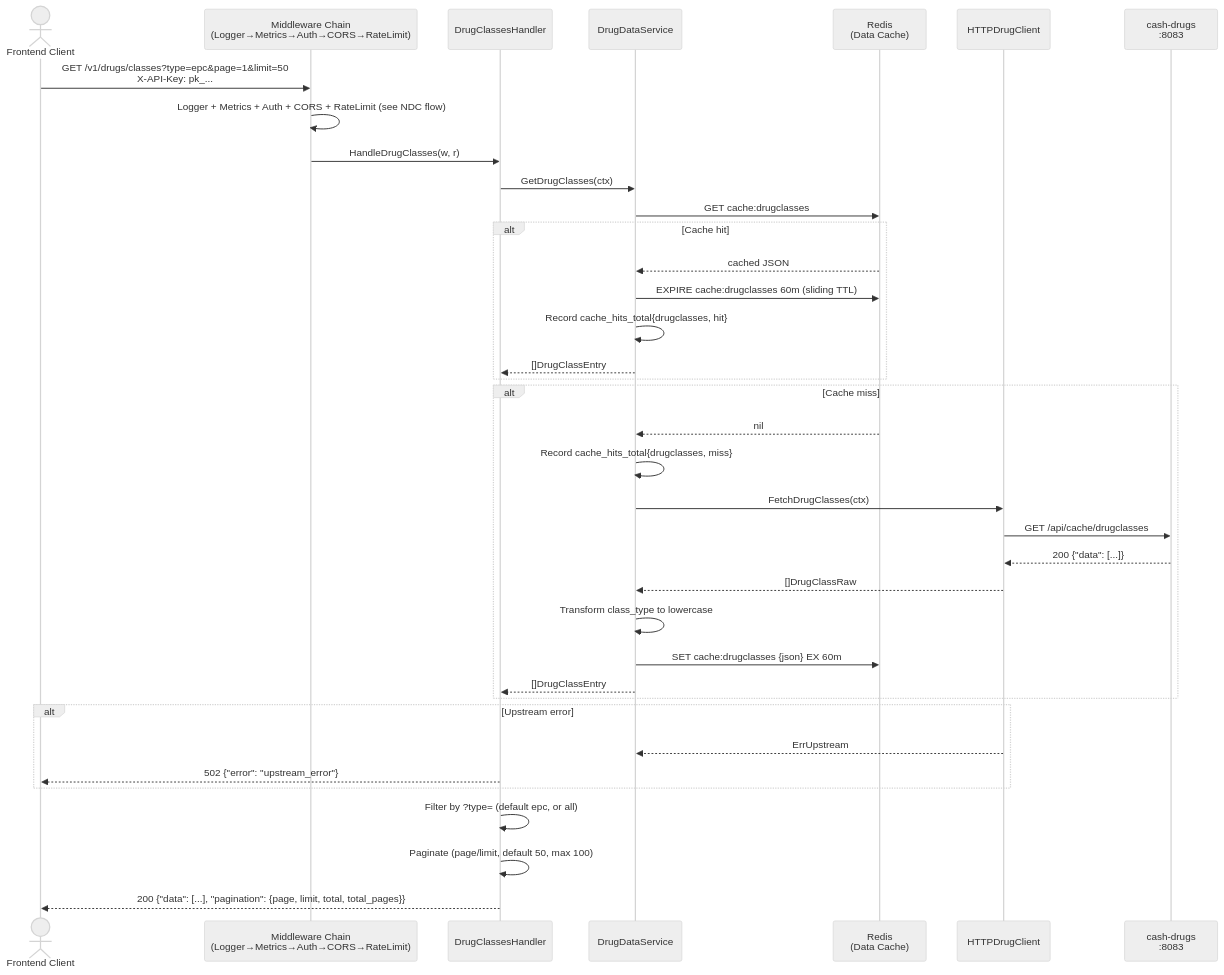
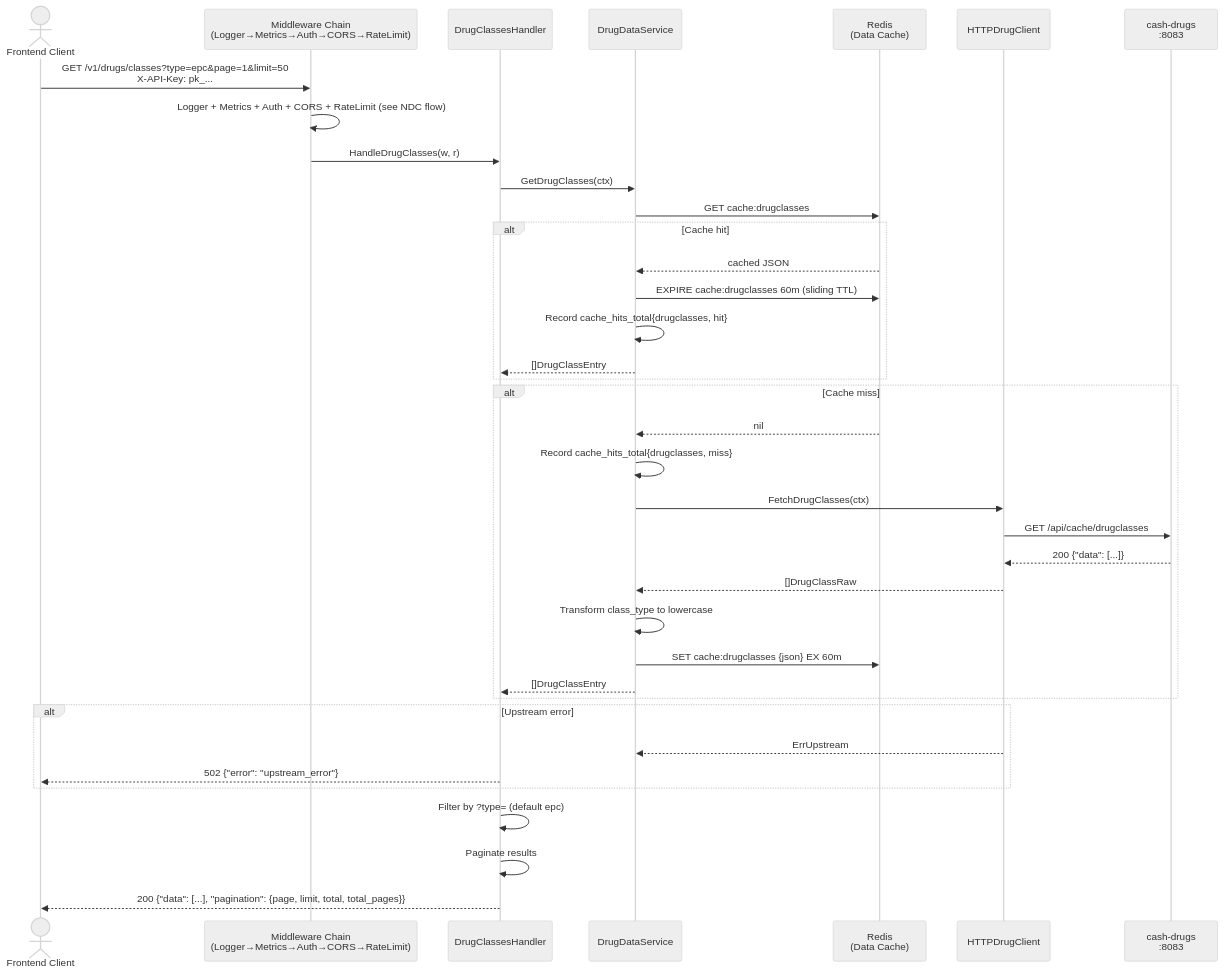
One commit to finish06/drug-gate changed the eighth of 12 diagrams in docs/sequence-diagram.md. Above: the diagram before and after it, drawn with Mermaid (neutral theme). The commit also changed other lines of this file, not shown here.

Commit message:
fix: simplify Mermaid diagram labels to fix GitHub rendering
Remove commas and special characters from sequence diagram arrow
labels that caused Mermaid parse errors on GitHub.

````diff
--- a/docs/sequence-diagram.md
+++ b/docs/sequence-diagram.md
@@ -365,45 +365,45 @@
 ```mermaid
 sequenceDiagram
     actor Client as Frontend Client
     participant MW as Middleware Chain<br/>(Logger→Metrics→Auth→CORS→RateLimit)
     participant DCH as DrugClassesHandler
     participant SVC as DrugDataService
     participant RDS as Redis<br/>(Data Cache)
     participant DC as HTTPDrugClient
     participant CD as cash-drugs<br/>:8083
 
     Client->>MW: GET /v1/drugs/classes?type=epc&page=1&limit=50<br/>X-API-Key: pk_...
     MW->>MW: Logger + Metrics + Auth + CORS + RateLimit (see NDC flow)
     MW->>DCH: HandleDrugClasses(w, r)
 
     DCH->>SVC: GetDrugClasses(ctx)
     SVC->>RDS: GET cache:drugclasses
 
     alt Cache hit
         RDS-->>SVC: cached JSON
         SVC->>RDS: EXPIRE cache:drugclasses 60m (sliding TTL)
         SVC->>SVC: Record cache_hits_total{drugclasses, hit}
         SVC-->>DCH: []DrugClassEntry
     end
 
     alt Cache miss
         RDS-->>SVC: nil
         SVC->>SVC: Record cache_hits_total{drugclasses, miss}
         SVC->>DC: FetchDrugClasses(ctx)
         DC->>CD: GET /api/cache/drugclasses
         CD-->>DC: 200 {"data": [...]}
         DC-->>SVC: []DrugClassRaw
         SVC->>SVC: Transform class_type to lowercase
         SVC->>RDS: SET cache:drugclasses {json} EX 60m
         SVC-->>DCH: []DrugClassEntry
     end
 
     alt Upstream error
         DC-->>SVC: ErrUpstream
         DCH-->>Client: 502 {"error": "upstream_error"}
     end
 
-    DCH->>DCH: Filter by ?type= (default epc, or all)
-    DCH->>DCH: Paginate (page/limit, default 50, max 100)
+    DCH->>DCH: Filter by ?type= (default epc)
+    DCH->>DCH: Paginate results
     DCH-->>Client: 200 {"data": [...], "pagination": {page, limit, total, total_pages}}
 ```
````
